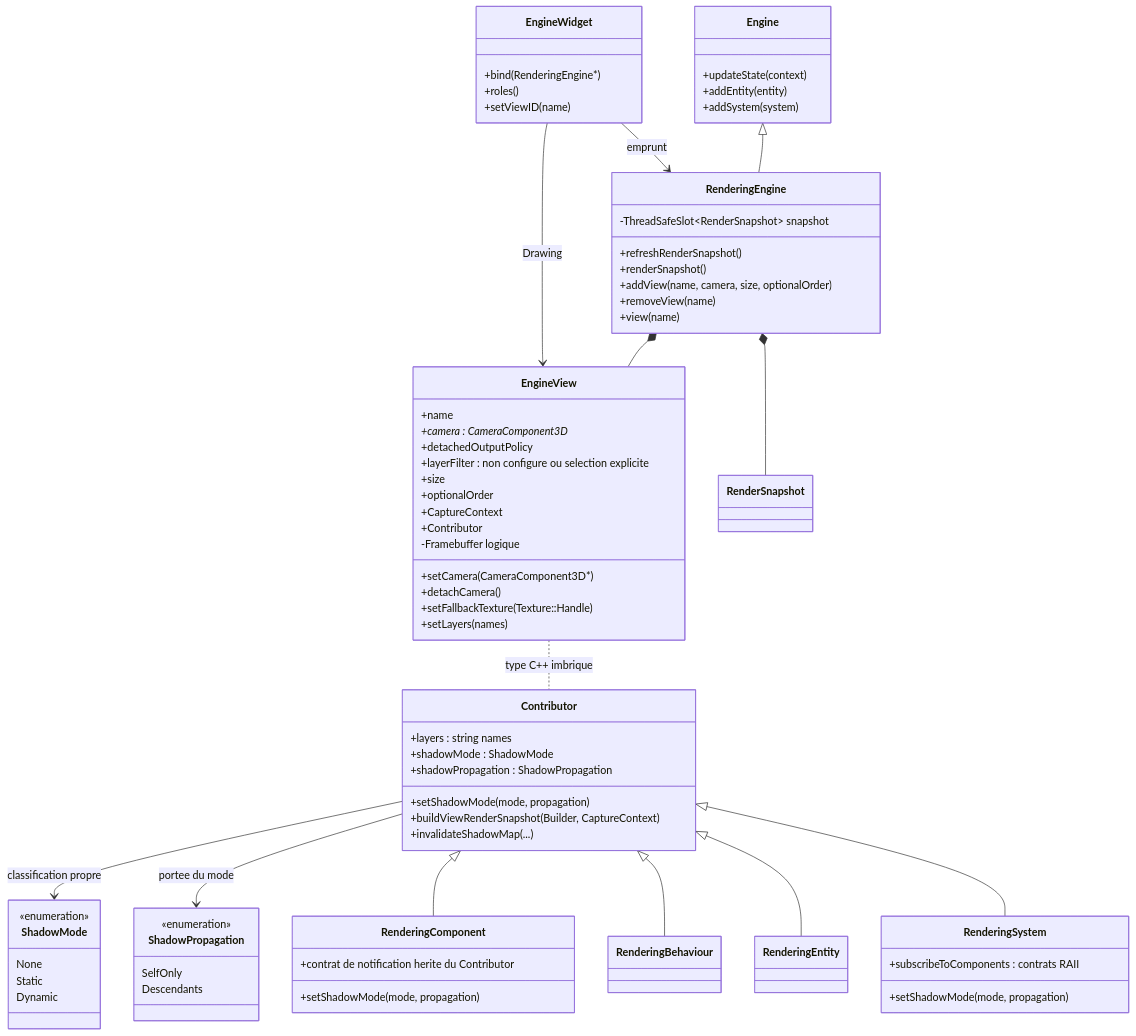
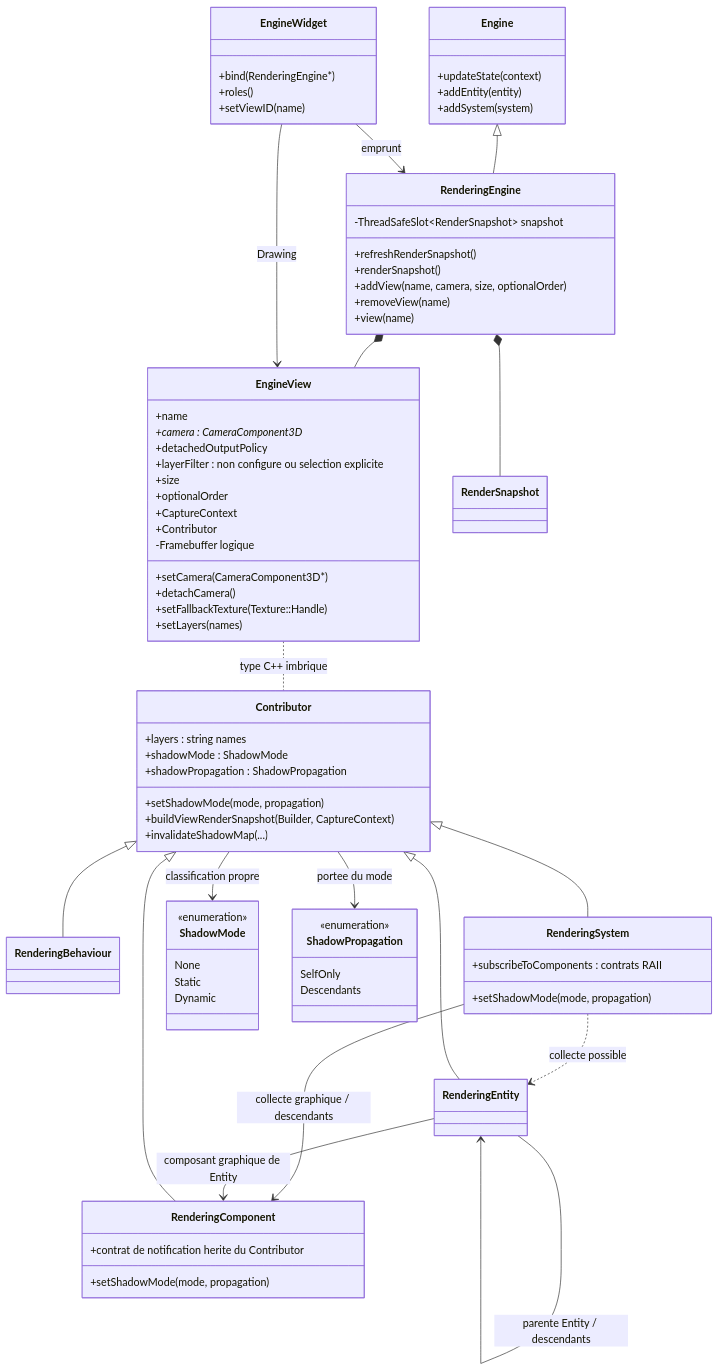
The sixth of 13 diagrams in docs/voxel-engine-v0.1.4-specification.md (EreliaStudio/Sparkle), drawn with Mermaid before and after one commit. The commit also changed other lines of this file, not shown here.

Commit message:
docs(v0.1.4): define mixed Entity ancestry and RenderingSystem collection for ShadowPropagation

````diff
--- a/docs/voxel-engine-v0.1.4-specification.md
+++ b/docs/voxel-engine-v0.1.4-specification.md
@@ -591,77 +591,81 @@
 ```mermaid
 classDiagram
   class Engine {
     +updateState(context)
     +addEntity(entity)
     +addSystem(system)
   }
   class RenderingEngine {
     +refreshRenderSnapshot()
     +renderSnapshot()
     +addView(name, camera, size, optionalOrder)
     +removeView(name)
     +view(name)
     -ThreadSafeSlot~RenderSnapshot~ snapshot
   }
   class EngineView {
     +name
     +camera : CameraComponent3D*
     +setCamera(CameraComponent3D*)
     +detachCamera()
     +detachedOutputPolicy
     +setFallbackTexture(Texture::Handle)
     +setLayers(names)
     +layerFilter : non configure ou selection explicite
     +size
     +optionalOrder
     +CaptureContext
     +Contributor
     -Framebuffer logique
   }
   class Contributor {
     +layers : string names
     +shadowMode : ShadowMode
     +shadowPropagation : ShadowPropagation
     +setShadowMode(mode, propagation)
     +buildViewRenderSnapshot(Builder, CaptureContext)
     +invalidateShadowMap(...)
   }
   class RenderingComponent {
     +setShadowMode(mode, propagation)
     +contrat de notification herite du Contributor
   }
   class RenderingBehaviour
   class RenderingEntity
   class RenderingSystem {
     +setShadowMode(mode, propagation)
     +subscribeToComponents : contrats RAII
   }
   class ShadowMode {
     <<enumeration>>
     None
     Static
     Dynamic
   }
   class ShadowPropagation {
     <<enumeration>>
     SelfOnly
     Descendants
   }
   Contributor --> ShadowMode : classification propre
   Contributor --> ShadowPropagation : portee du mode
+  RenderingSystem --> RenderingComponent : collecte graphique / descendants
+  RenderingEntity --> RenderingEntity : parente Entity / descendants
+  RenderingEntity --> RenderingComponent : composant graphique de Entity
+  RenderingSystem ..> RenderingEntity : collecte possible
   class EngineWidget {
     +bind(RenderingEngine*)
     +roles()
     +setViewID(name)
   }
   Engine <|-- RenderingEngine
   RenderingEngine *-- EngineView
   RenderingEngine *-- RenderSnapshot
   EngineView .. Contributor : type C++ imbrique
   Contributor <|-- RenderingComponent
   Contributor <|-- RenderingBehaviour
   Contributor <|-- RenderingEntity
   Contributor <|-- RenderingSystem
   EngineWidget --> RenderingEngine : emprunt
   EngineWidget --> EngineView : Drawing
 ```
````
